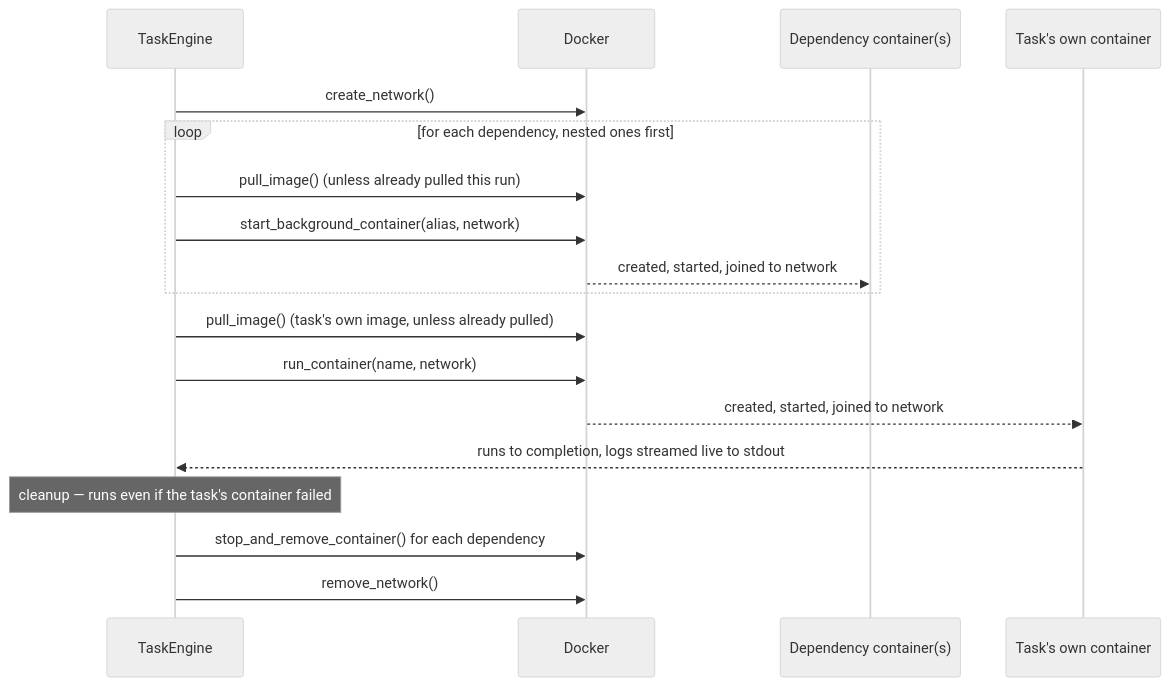
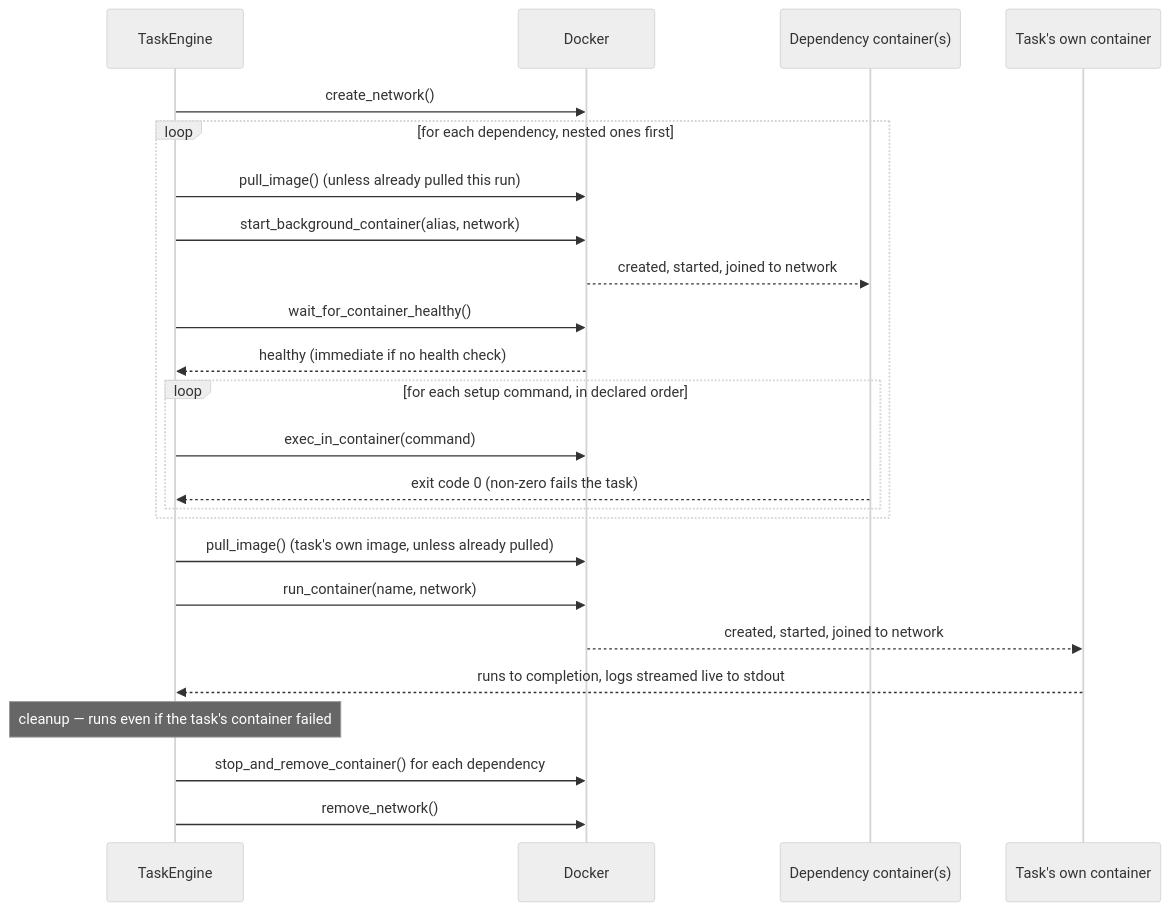
Before and after one commit to or1can/ratect: the first of 2 diagrams in docs/task-lifecycle.md, drawn with Mermaid (neutral theme). The commit also changed other lines of this file and 12 other files, not shown here.

First line of the commit message:
feat: gate dependency readiness on health checks and setup commands (0.9.0)

````diff
--- a/docs/task-lifecycle.md
+++ b/docs/task-lifecycle.md
@@ -45,24 +45,30 @@
 ```mermaid
 sequenceDiagram
     participant Engine as TaskEngine
     participant Docker
     participant Dep as Dependency container(s)
     participant Main as Task's own container
 
     Engine->>Docker: create_network()
 
     loop for each dependency, nested ones first
         Engine->>Docker: pull_image() (unless already pulled this run)
         Engine->>Docker: start_background_container(alias, network)
         Docker-->>Dep: created, started, joined to network
+        Engine->>Docker: wait_for_container_healthy()
+        Docker-->>Engine: healthy (immediate if no health check)
+        loop for each setup command, in declared order
+            Engine->>Docker: exec_in_container(command)
+            Dep-->>Engine: exit code 0 (non-zero fails the task)
+        end
     end
 
     Engine->>Docker: pull_image() (task's own image, unless already pulled)
     Engine->>Docker: run_container(name, network)
     Docker-->>Main: created, started, joined to network
     Main-->>Engine: runs to completion, logs streamed live to stdout
 
     Note over Engine: cleanup — runs even if the task's container failed
     Engine->>Docker: stop_and_remove_container() for each dependency
     Engine->>Docker: remove_network()
 ```
````
